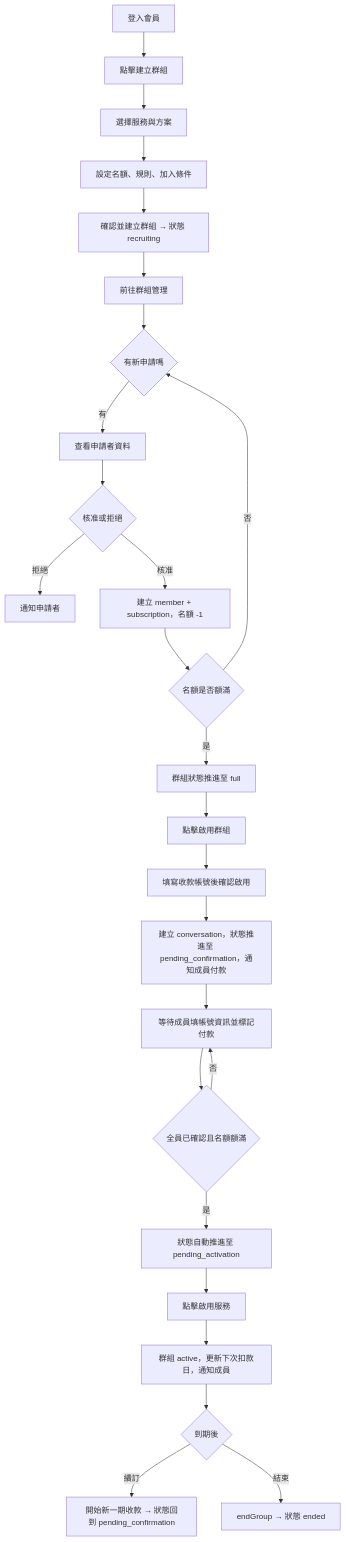
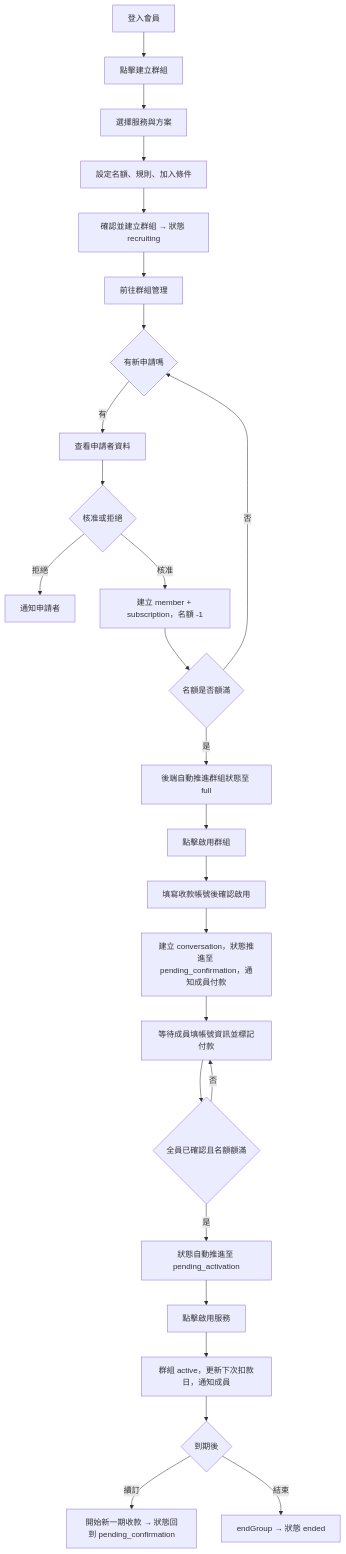
The fourth of 6 diagrams in docs/user-flows.md (s1092055/PartyMatch), drawn with Mermaid before and after one commit. The commit also changed other lines of this file and 21 other files, not shown here.

First line of the commit message:
fix: 前後端資料對齊、convId bug 修正、schema 擴充與安全補強

````diff
--- a/docs/user-flows.md
+++ b/docs/user-flows.md
@@ -101,28 +101,28 @@
 ```mermaid
 flowchart TD
   A[登入會員] --> B[點擊建立群組]
   B --> C[選擇服務與方案]
   C --> D[設定名額、規則、加入條件]
   D --> E[確認並建立群組 → 狀態 recruiting]
   E --> F[前往群組管理]
   F --> G{有新申請嗎}
   G -->|有| H[查看申請者資料]
   H --> I{核准或拒絕}
   I -->|拒絕| J[通知申請者]
   I -->|核准| K[建立 member + subscription，名額 -1]
   K --> L{名額是否額滿}
   L -->|否| G
-  L -->|是| M[群組狀態推進至 full]
+  L -->|是| M[後端自動推進群組狀態至 full]
   M --> N[點擊啟用群組]
   N --> O[填寫收款帳號後確認啟用]
   O --> P[建立 conversation，狀態推進至 pending_confirmation，通知成員付款]
   P --> Q[等待成員填帳號資訊並標記付款]
   Q --> R{全員已確認且名額額滿}
   R -->|否| Q
   R -->|是| S[狀態自動推進至 pending_activation]
   S --> T[點擊啟用服務]
   T --> U[群組 active，更新下次扣款日，通知成員]
   U --> V{到期後}
   V -->|續訂| W[開始新一期收款 → 狀態回到 pending_confirmation]
   V -->|結束| X[endGroup → 狀態 ended]
 ```
````
